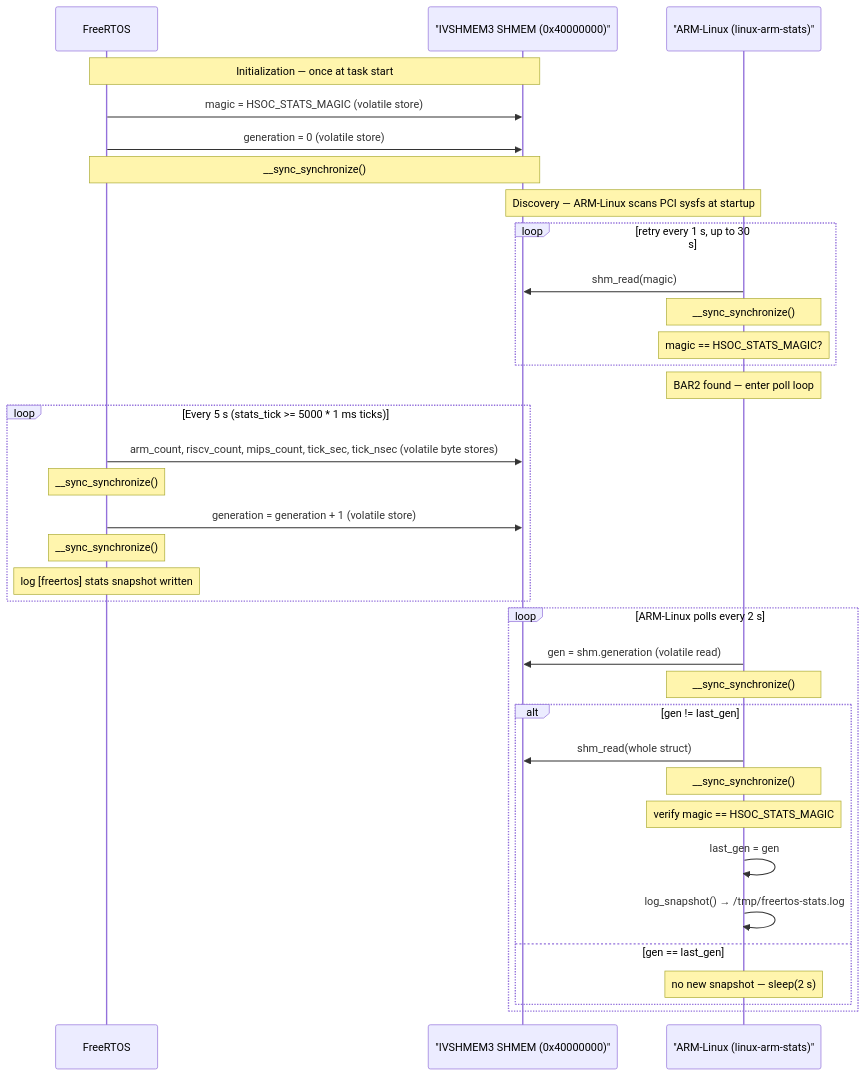
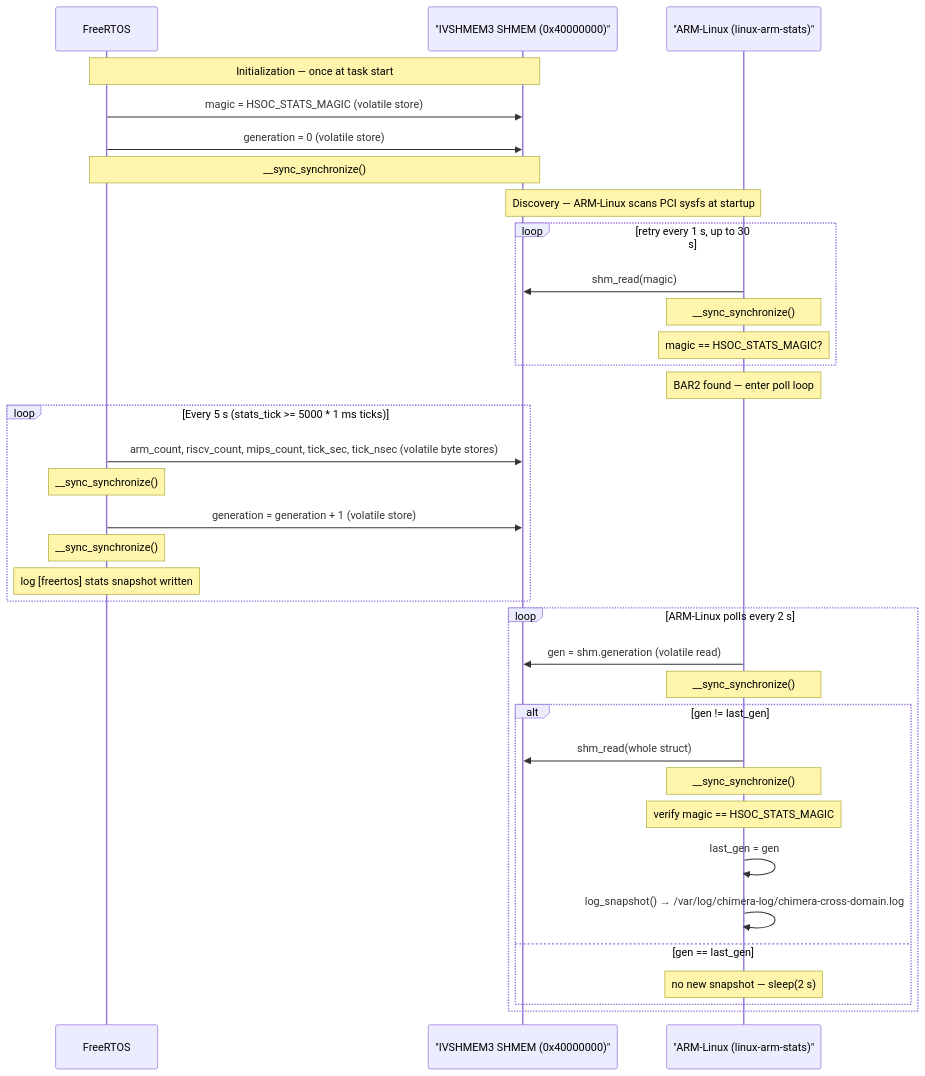
The third of 3 diagrams in README.md (yhsung/chimera), drawn with Mermaid before and after one commit. The commit also changed other lines of this file and 5 other files, not shown here.

First line of the commit message:
refactor: route chimera cross-domain log through FreeRTOS stats snapshot

````diff
--- a/README.md
+++ b/README.md
@@ -217,41 +217,41 @@
 ```mermaid
 sequenceDiagram
     participant F as FreeRTOS
     participant S as "IVSHMEM3 SHMEM (0x40000000)"
     participant A as "ARM-Linux (linux-arm-stats)"
 
     Note over F,S: Initialization — once at task start
     F->>S: magic = HSOC_STATS_MAGIC (volatile store)
     F->>S: generation = 0 (volatile store)
     Note over F,S: __sync_synchronize()
 
     Note over S,A: Discovery — ARM-Linux scans PCI sysfs at startup
     loop retry every 1 s, up to 30 s
         A->>S: shm_read(magic)
         Note over A: __sync_synchronize()
         Note over A: magic == HSOC_STATS_MAGIC?
     end
     Note over A: BAR2 found — enter poll loop
 
     loop Every 5 s (stats_tick >= 5000 * 1 ms ticks)
         F->>S: arm_count, riscv_count, mips_count, tick_sec, tick_nsec (volatile byte stores)
         Note over F: __sync_synchronize()
         F->>S: generation = generation + 1  (volatile store)
         Note over F: __sync_synchronize()
         Note over F: log [freertos] stats snapshot written
     end
 
     loop ARM-Linux polls every 2 s
         A->>S: gen = shm.generation  (volatile read)
         Note over A: __sync_synchronize()
         alt gen != last_gen
             A->>S: shm_read(whole struct)
             Note over A: __sync_synchronize()
             Note over A: verify magic == HSOC_STATS_MAGIC
             A->>A: last_gen = gen
-            A->>A: log_snapshot() → /tmp/freertos-stats.log
+            A->>A: log_snapshot() → /var/log/chimera-log/chimera-cross-domain.log
         else gen == last_gen
             Note over A: no new snapshot — sleep(2 s)
         end
     end
 ```
````
